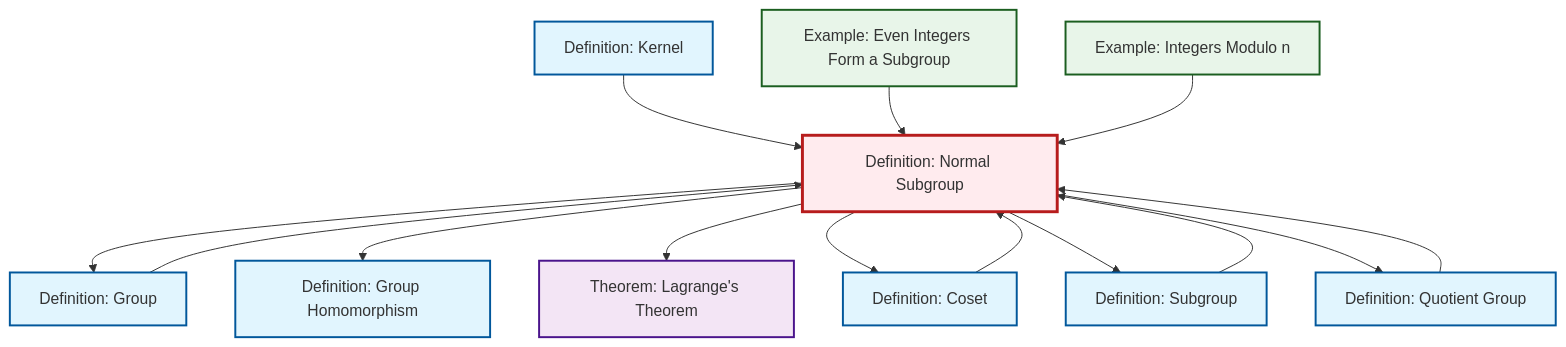
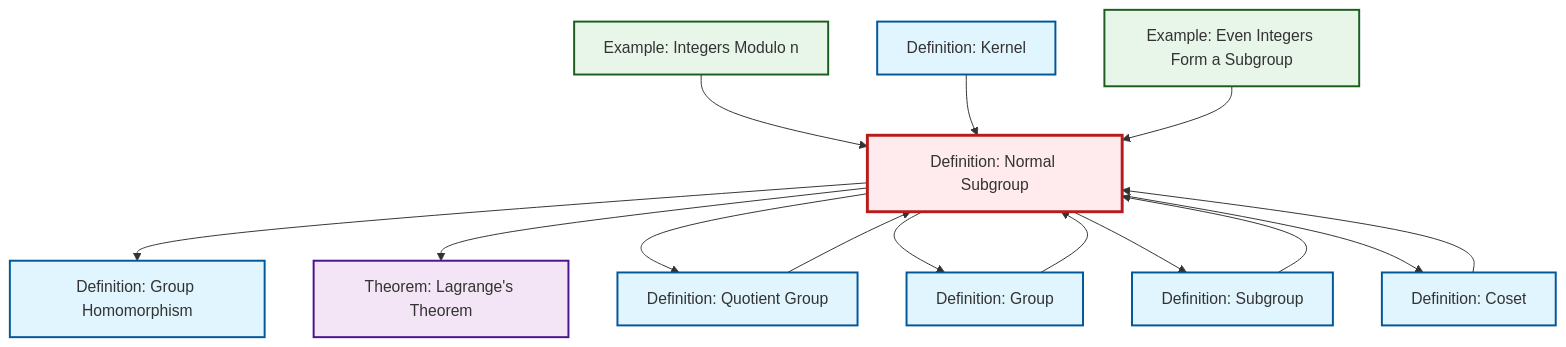
Before and after one commit to RK0429/ModernMath: the diagram in content/en/algebra/def-normal-subgroup.qmd, drawn with Mermaid. The commit also changed other lines of this file and 434 other files, not shown here.

````diff
--- a/content/en/algebra/def-normal-subgroup.qmd
+++ b/content/en/algebra/def-normal-subgroup.qmd
@@ -89,42 +89,42 @@
 ```{mermaid}
 %%| fig-cap: "Local dependency graph"
 graph TD
     classDef definition fill:#e1f5fe,stroke:#01579b,stroke-width:2px
     classDef theorem fill:#f3e5f5,stroke:#4a148c,stroke-width:2px
     classDef axiom fill:#fff3e0,stroke:#e65100,stroke-width:2px
     classDef example fill:#e8f5e9,stroke:#1b5e20,stroke-width:2px
     classDef current fill:#ffebee,stroke:#b71c1c,stroke-width:3px
+    ex-quotient-integers-mod-n["Example: Integers Modulo n"]:::example
+    def-coset["Definition: Coset"]:::definition
+    def-group["Definition: Group"]:::definition
+    def-homomorphism["Definition: Group Homomorphism"]:::definition
     def-kernel["Definition: Kernel"]:::definition
+    def-normal-subgroup["Definition: Normal Subgroup"]:::definition
+    def-quotient-group["Definition: Quotient Group"]:::definition
+    thm-lagrange["Theorem: Lagrange's Theorem"]:::theorem
     ex-even-integers-subgroup["Example: Even Integers Form a Subgroup"]:::example
-    def-coset["Definition: Coset"]:::definition
-    def-homomorphism["Definition: Group Homomorphism"]:::definition
-    def-normal-subgroup["Definition: Normal Subgroup"]:::definition
-    ex-quotient-integers-mod-n["Example: Integers Modulo n"]:::example
-    def-quotient-group["Definition: Quotient Group"]:::definition
     def-subgroup["Definition: Subgroup"]:::definition
-    def-group["Definition: Group"]:::definition
-    thm-lagrange["Theorem: Lagrange's Theorem"]:::theorem
-    def-quotient-group --> def-normal-subgroup
-    def-normal-subgroup --> def-group
     def-normal-subgroup --> def-homomorphism
     def-normal-subgroup --> thm-lagrange
+    ex-quotient-integers-mod-n --> def-normal-subgroup
     def-kernel --> def-normal-subgroup
+    def-subgroup --> def-normal-subgroup
+    def-quotient-group --> def-normal-subgroup
+    def-normal-subgroup --> def-quotient-group
+    def-normal-subgroup --> def-group
+    ex-even-integers-subgroup --> def-normal-subgroup
+    def-group --> def-normal-subgroup
+    def-normal-subgroup --> def-subgroup
+    def-normal-subgroup --> def-coset
     def-coset --> def-normal-subgroup
-    def-normal-subgroup --> def-coset
-    def-normal-subgroup --> def-subgroup
-    def-subgroup --> def-normal-subgroup
-    def-group --> def-normal-subgroup
-    ex-even-integers-subgroup --> def-normal-subgroup
-    ex-quotient-integers-mod-n --> def-normal-subgroup
-    def-normal-subgroup --> def-quotient-group
     class def-normal-subgroup current
+    click ex-quotient-integers-mod-n "ex-quotient-integers-mod-n.html" "Go to Integers Modulo n example"
+    click def-coset "def-coset.html" "Go to Coset definition"
+    click def-group "def-group.html" "Go to Group definition"
+    click def-homomorphism "def-homomorphism.html" "Go to Group Homomorphism definition"
     click def-kernel "def-kernel.html" "Go to Kernel definition"
+    click def-quotient-group "def-quotient-group.html" "Go to Quotient Group definition"
+    click thm-lagrange "thm-lagrange.html" "Go to Lagrange's Theorem theorem"
     click ex-even-integers-subgroup "ex-even-integers-subgroup.html" "Go to Even Integers Form a Subgroup example"
-    click def-coset "def-coset.html" "Go to Coset definition"
-    click def-homomorphism "def-homomorphism.html" "Go to Group Homomorphism definition"
-    click ex-quotient-integers-mod-n "ex-quotient-integers-mod-n.html" "Go to Integers Modulo n example"
-    click def-quotient-group "def-quotient-group.html" "Go to Quotient Group definition"
     click def-subgroup "def-subgroup.html" "Go to Subgroup definition"
-    click def-group "def-group.html" "Go to Group definition"
-    click thm-lagrange "thm-lagrange.html" "Go to Lagrange's Theorem theorem"
 ```
````
